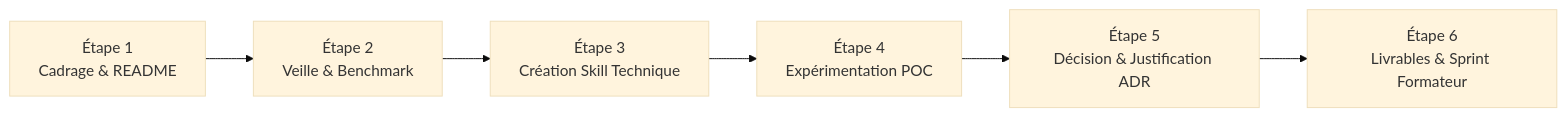
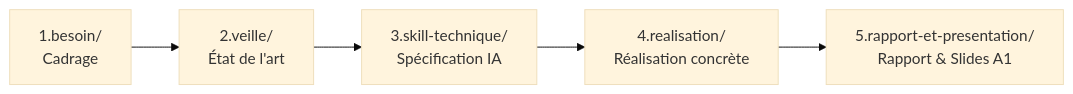
The diagram in .agent/skills/lab-dev/SKILL.md (labs-agent-dev/lab-skills-framework), drawn with Mermaid (base theme) before and after one commit. The commit also changed other lines of this file and 10 other files, not shown here.

````diff
--- a/.agent/skills/lab-dev/SKILL.md
+++ b/.agent/skills/lab-dev/SKILL.md
@@ -56,8 +57,7 @@
 ```mermaid
 flowchart LR
-    E1["Étape 1<br/>Cadrage & README"] --> E2["Étape 2<br/>Veille & Benchmark"]
-    E2 --> E3["Étape 3<br/>Création Skill Technique"]
-    E3 --> E4["Étape 4<br/>Expérimentation POC"]
-    E4 --> E5["Étape 5<br/>Décision & Justification ADR"]
-    E5 --> E6["Étape 6<br/>Livrables & Sprint Formateur"]
+    D1["1.besoin/<br/>Cadrage"] --> D2["2.veille/<br/>État de l'art"]
+    D2 --> D3["3.skill-technique/<br/>Spécification IA"]
+    D3 --> D4["4.realisation/<br/>Réalisation concrète"]
+    D4 --> D5["5.rapport-et-presentation/<br/>Rapport & Slides A1"]
 ```
````
